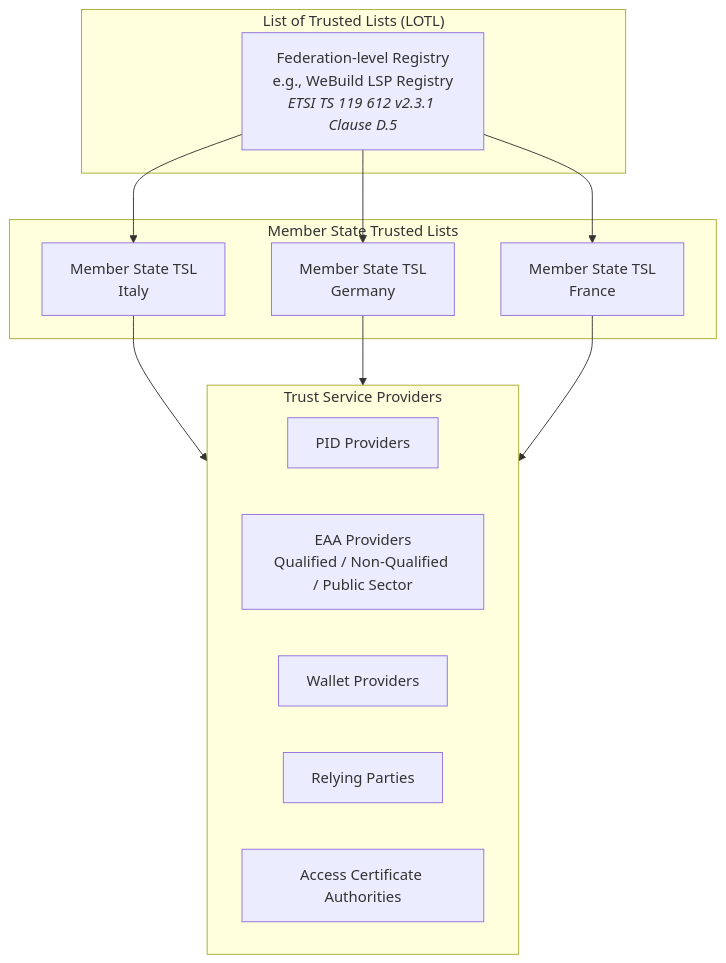
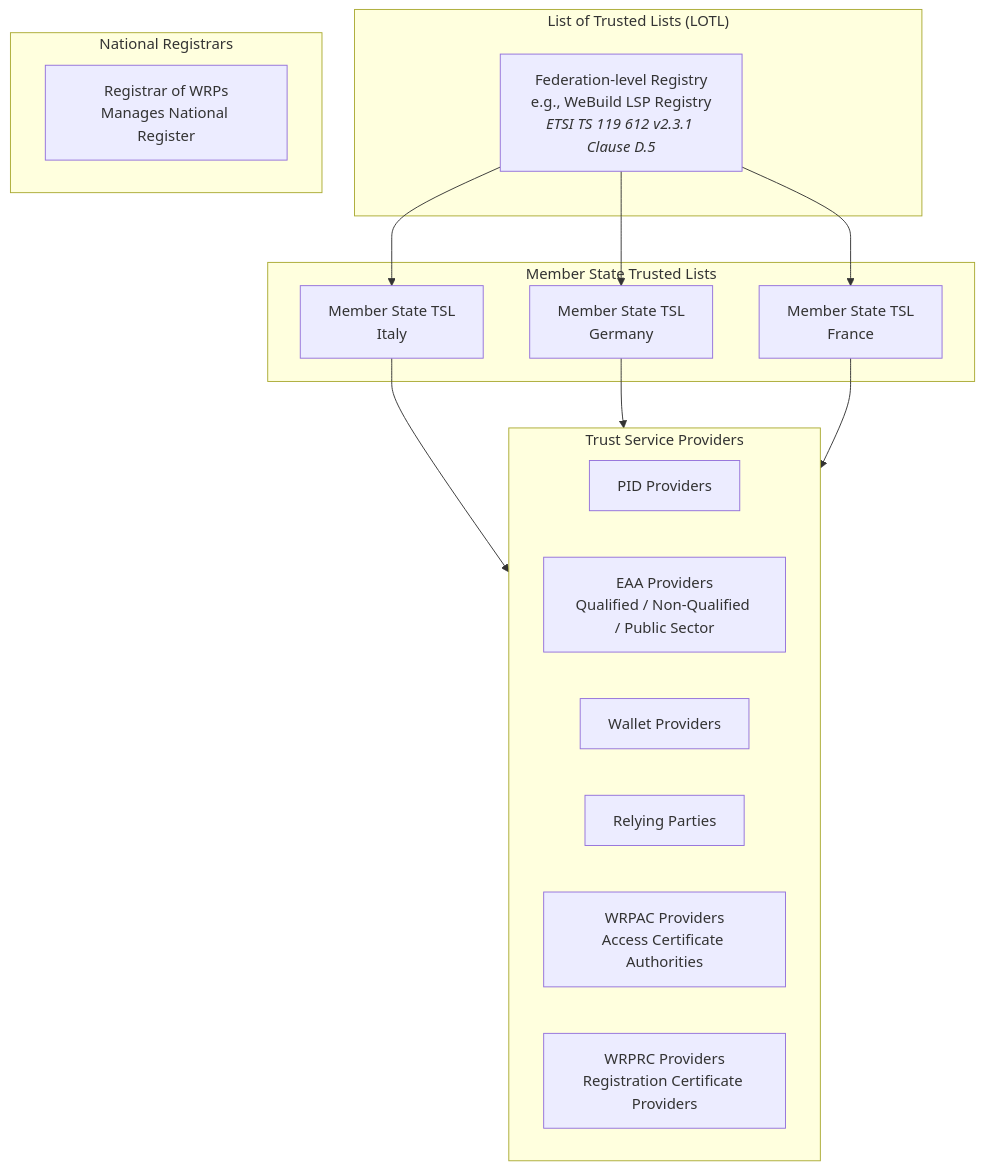
The first of 6 diagrams in task2-trust-framework/wallet-policy-discovery.md (webuild-consortium/wp4-trust-group), drawn with Mermaid before and after one commit. The commit also changed other lines of this file, not shown here.

````diff
--- a/task2-trust-framework/wallet-policy-discovery.md
+++ b/task2-trust-framework/wallet-policy-discovery.md
@@ -25,28 +45,33 @@
 ```mermaid
 graph TD
     subgraph LOTL["List of Trusted Lists (LOTL)"]
         L[Federation-level Registry<br/>e.g., WeBuild LSP Registry<br/><i>ETSI TS 119 612 v2.3.1 Clause D.5</i>]
     end
     
     subgraph MS["Member State Trusted Lists"]
         IT[Member State TSL<br/>Italy]
         DE[Member State TSL<br/>Germany]
         FR[Member State TSL<br/>France]
     end
     
     subgraph TSP["Trust Service Providers"]
         PID[PID Providers]
         EAA[EAA Providers<br/>Qualified / Non-Qualified / Public Sector]
         WP[Wallet Providers]
         RP[Relying Parties]
-        CA[Access Certificate Authorities]
+        WRPAC_CA[WRPAC Providers<br/>Access Certificate Authorities]
+        WRPRC_P[WRPRC Providers<br/>Registration Certificate Providers]
+    end
+    
+    subgraph REG["National Registrars"]
+        REG_WRP[Registrar of WRPs<br/>Manages National Register]
     end
     
     L --> IT
     L --> DE
     L --> FR
     
     IT --> TSP
     DE --> TSP
     FR --> TSP
 ```
````
